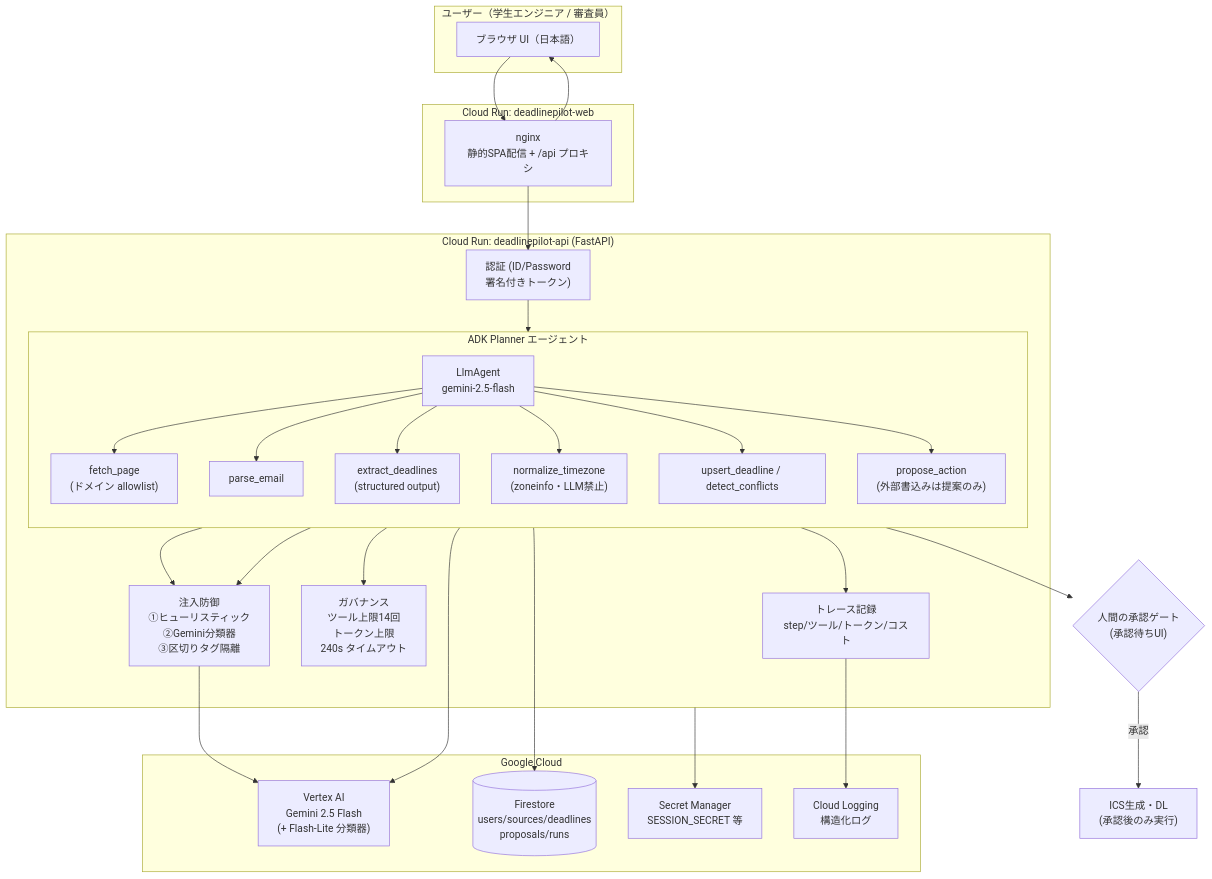
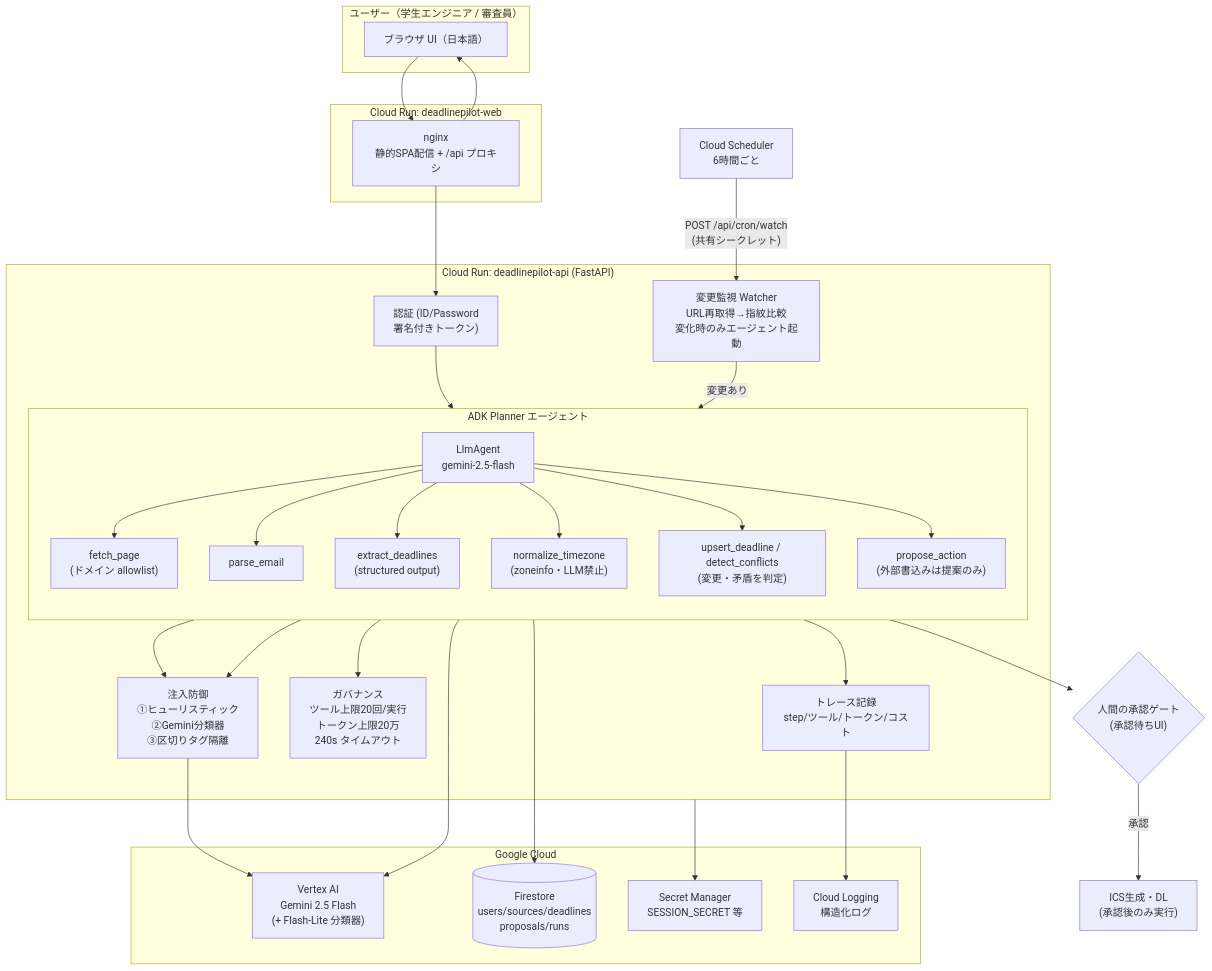
One commit to taku629/deadlinepilot changed the diagram in docs/architecture.mmd. Above: the diagram before and after it, drawn with Mermaid. The commit also changed 27 other files, not shown here.

Commit message:
Autonomous change monitoring (Cloud Scheduler), live run view, dashboard top-3, readable trace, robust date parsing, LICENSE

```diff
--- a/docs/architecture.mmd
+++ b/docs/architecture.mmd
@@ -1,50 +1,55 @@
 flowchart TB
     subgraph User["ユーザー（学生エンジニア / 審査員）"]
         UI["ブラウザ UI（日本語）"]
     end
+
+    SCH["Cloud Scheduler<br/>6時間ごと"]
 
     subgraph CR_FE["Cloud Run: deadlinepilot-web"]
         NGINX["nginx<br/>静的SPA配信 + /api プロキシ"]
     end
 
     subgraph CR_BE["Cloud Run: deadlinepilot-api (FastAPI)"]
         AUTH["認証 (ID/Password<br/>署名付きトークン)"]
         subgraph AGENT["ADK Planner エージェント"]
             PLAN["LlmAgent<br/>gemini-2.5-flash"]
             direction TB
             T1["fetch_page<br/>(ドメイン allowlist)"]
             T2["parse_email"]
             T3["extract_deadlines<br/>(structured output)"]
             T4["normalize_timezone<br/>(zoneinfo・LLM禁止)"]
-            T5["upsert_deadline / detect_conflicts"]
+            T5["upsert_deadline / detect_conflicts<br/>(変更・矛盾を判定)"]
             T6["propose_action<br/>(外部書込みは提案のみ)"]
         end
         SEC["注入防御<br/>①ヒューリスティック<br/>②Gemini分類器<br/>③区切りタグ隔離"]
-        GOV["ガバナンス<br/>ツール上限14回<br/>トークン上限<br/>240s タイムアウト"]
+        GOV["ガバナンス<br/>ツール上限20回/実行<br/>トークン上限20万<br/>240s タイムアウト"]
+        WATCH["変更監視 Watcher<br/>URL再取得→指紋比較<br/>変化時のみエージェント起動"]
         TRACE["トレース記録<br/>step/ツール/トークン/コスト"]
     end
 
     subgraph GCP["Google Cloud"]
         VAI["Vertex AI<br/>Gemini 2.5 Flash<br/>(+ Flash-Lite 分類器)"]
         FS[("Firestore<br/>users/sources/deadlines<br/>proposals/runs")]
         SM["Secret Manager<br/>SESSION_SECRET 等"]
         CL["Cloud Logging<br/>構造化ログ"]
     end
 
     HUMAN{"人間の承認ゲート<br/>(承認待ちUI)"}
     ICS["ICS生成・DL<br/>(承認後のみ実行)"]
 
     UI --> NGINX --> AUTH
     AUTH --> AGENT
     PLAN --> T1 & T2 & T3 & T4 & T5 & T6
     T1 & T2 --> SEC
     AGENT --> GOV
     AGENT --> TRACE
     T3 --> VAI
     SEC --> VAI
     AGENT --> FS
     T6 --> HUMAN
     HUMAN -->|承認| ICS
     TRACE --> CL
+    SCH -->|"POST /api/cron/watch<br/>(共有シークレット)"| WATCH
+    WATCH -->|変更あり| AGENT
     CR_BE --> SM
     NGINX --> UI
```
